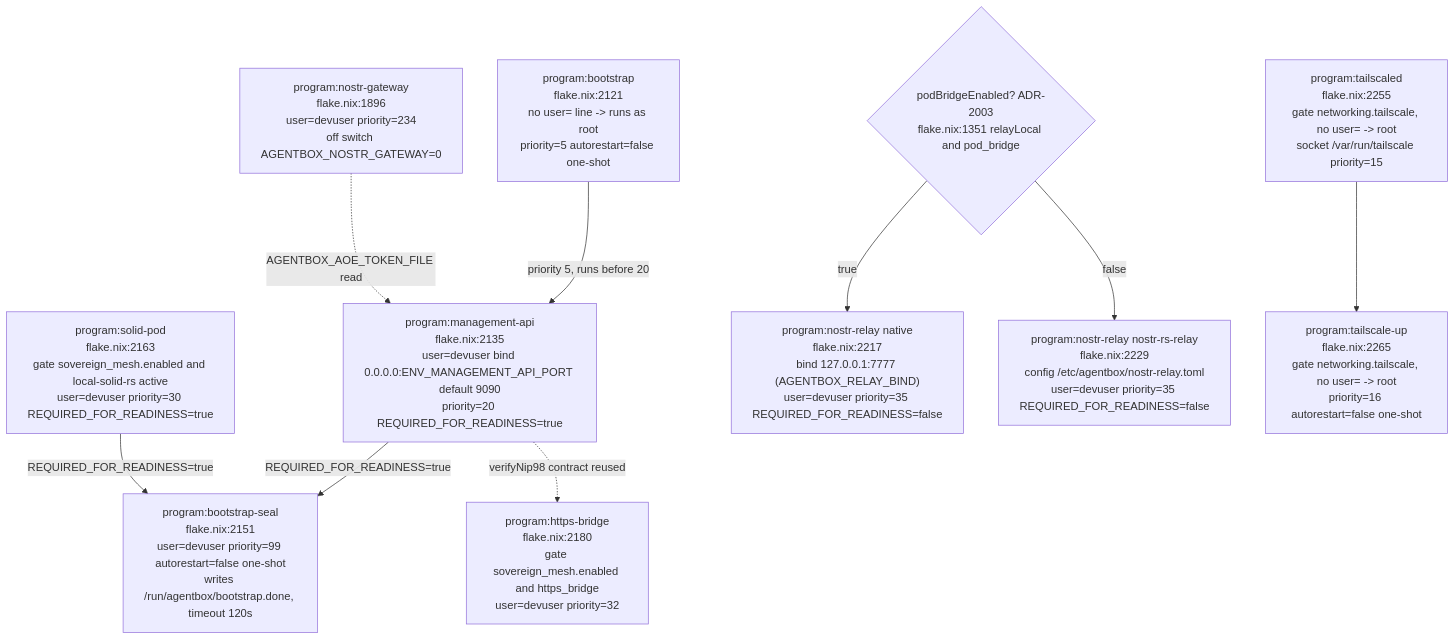
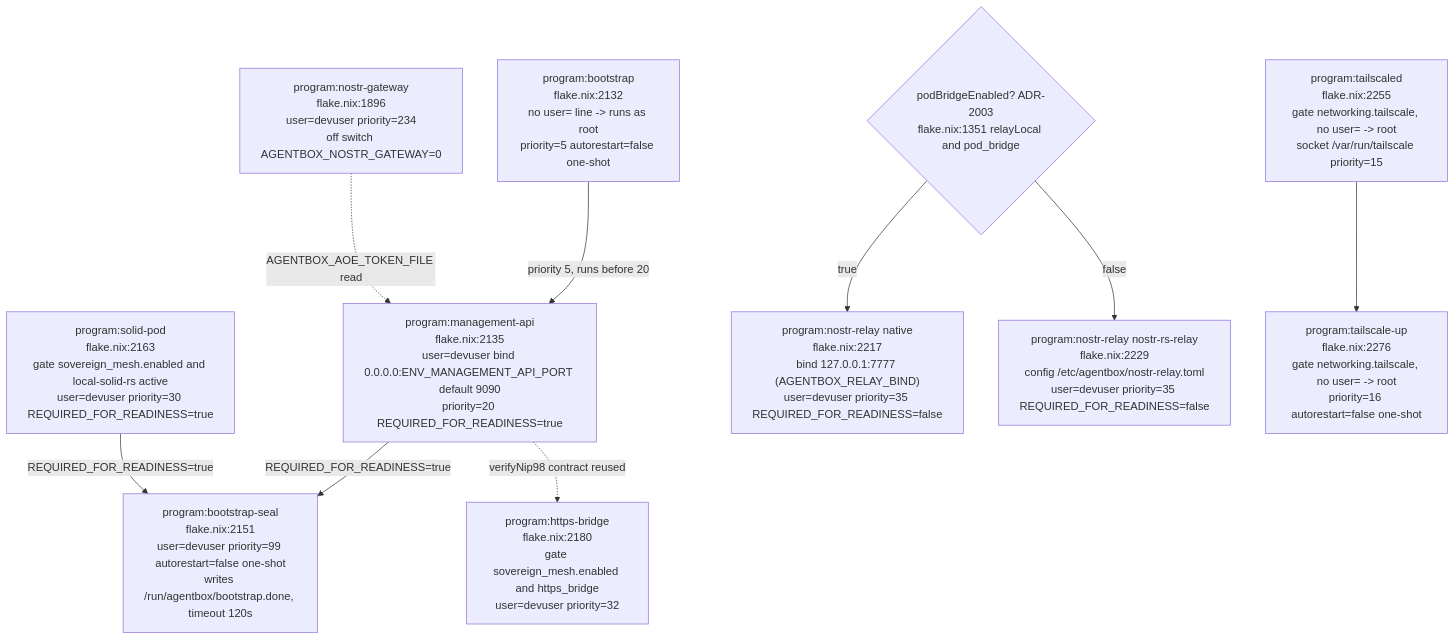
Before and after one commit to DreamLab-AI/VisionFlow: the fourth of 21 diagrams in docs/diagrams/agentbox/02-boot-sequence-and-readiness.md, drawn with Mermaid. The commit also changed other lines of this file and 51 other files, not shown here.

First line of the commit message:
docs(diagrams): agentbox AB-01..13 re-attested anchor by anchor (980 anchors, 22 defects); checkpoint against an out-of-mesh writer

````diff
--- a/docs/diagrams/agentbox/02-boot-sequence-and-readiness.md
+++ b/docs/diagrams/agentbox/02-boot-sequence-and-readiness.md
@@ -186,23 +186,23 @@
 ```mermaid
 flowchart TB
-    BOOT["program:bootstrap<br/>flake.nix:2121<br/>no user= line -&gt; runs as root<br/>priority=5 autorestart=false one-shot"]
+    BOOT["program:bootstrap<br/>flake.nix:2132<br/>no user= line -&gt; runs as root<br/>priority=5 autorestart=false one-shot"]
     MGMT["program:management-api<br/>flake.nix:2135<br/>user=devuser bind 0.0.0.0:ENV_MANAGEMENT_API_PORT default 9090<br/>priority=20 REQUIRED_FOR_READINESS=true"]
     SEAL["program:bootstrap-seal<br/>flake.nix:2151<br/>user=devuser priority=99 autorestart=false one-shot<br/>writes /run/agentbox/bootstrap.done, timeout 120s"]
     SOLID["program:solid-pod<br/>flake.nix:2163<br/>gate sovereign_mesh.enabled and local-solid-rs active<br/>user=devuser priority=30 REQUIRED_FOR_READINESS=true"]
     HTTPSB["program:https-bridge<br/>flake.nix:2180<br/>gate sovereign_mesh.enabled and https_bridge<br/>user=devuser priority=32"]
     GATERELAY{"podBridgeEnabled? ADR-2003<br/>flake.nix:1351 relayLocal and pod_bridge"}
     NRELAY1["program:nostr-relay native<br/>flake.nix:2217<br/>bind 127.0.0.1:7777 (AGENTBOX_RELAY_BIND)<br/>user=devuser priority=35 REQUIRED_FOR_READINESS=false"]
     NRELAY2["program:nostr-relay nostr-rs-relay<br/>flake.nix:2229<br/>config /etc/agentbox/nostr-relay.toml<br/>user=devuser priority=35 REQUIRED_FOR_READINESS=false"]
     NGW["program:nostr-gateway<br/>flake.nix:1896<br/>user=devuser priority=234<br/>off switch AGENTBOX_NOSTR_GATEWAY=0"]
     TSD["program:tailscaled<br/>flake.nix:2255<br/>gate networking.tailscale, no user= -&gt; root<br/>socket /var/run/tailscale priority=15"]
-    TSU["program:tailscale-up<br/>flake.nix:2265<br/>gate networking.tailscale, no user= -&gt; root<br/>priority=16 autorestart=false one-shot"]
+    TSU["program:tailscale-up<br/>flake.nix:2276<br/>gate networking.tailscale, no user= -&gt; root<br/>priority=16 autorestart=false one-shot"]
 
     BOOT -->|"priority 5, runs before 20"| MGMT
     MGMT -->|"REQUIRED_FOR_READINESS=true"| SEAL
     SOLID -->|"REQUIRED_FOR_READINESS=true"| SEAL
     GATERELAY -->|true| NRELAY1
     GATERELAY -->|false| NRELAY2
     MGMT -.->|"verifyNip98 contract reused"| HTTPSB
     TSD --> TSU
     NGW -.->|"AGENTBOX_AOE_TOKEN_FILE read"| MGMT
 ```
````
